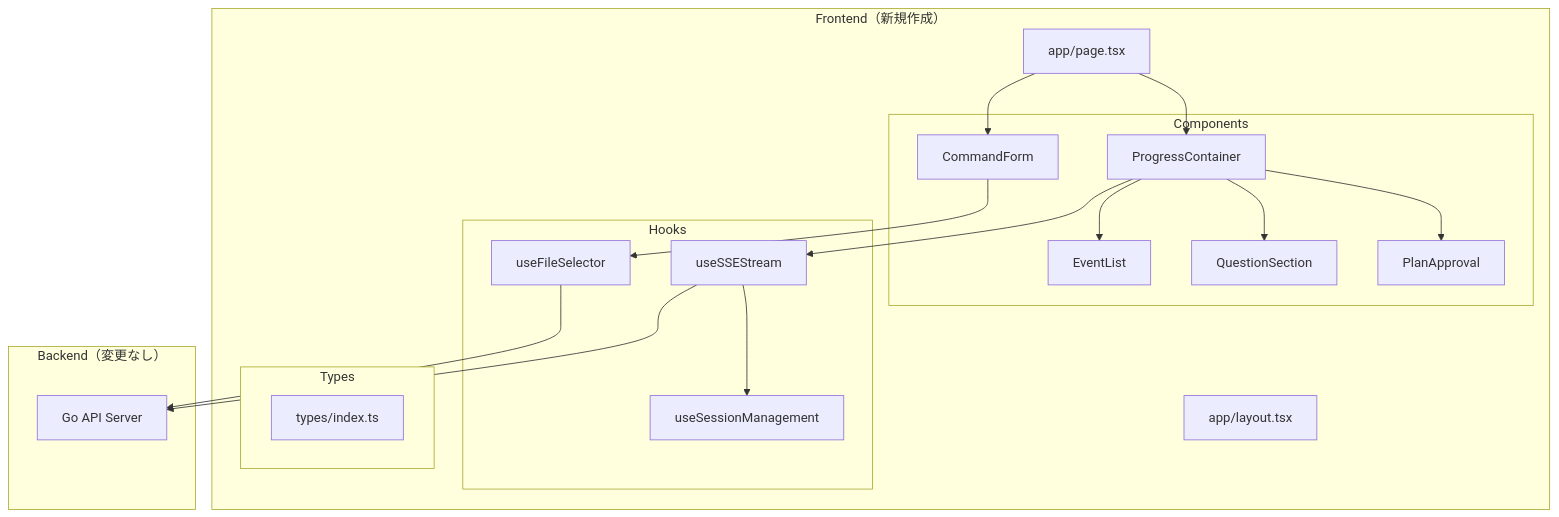
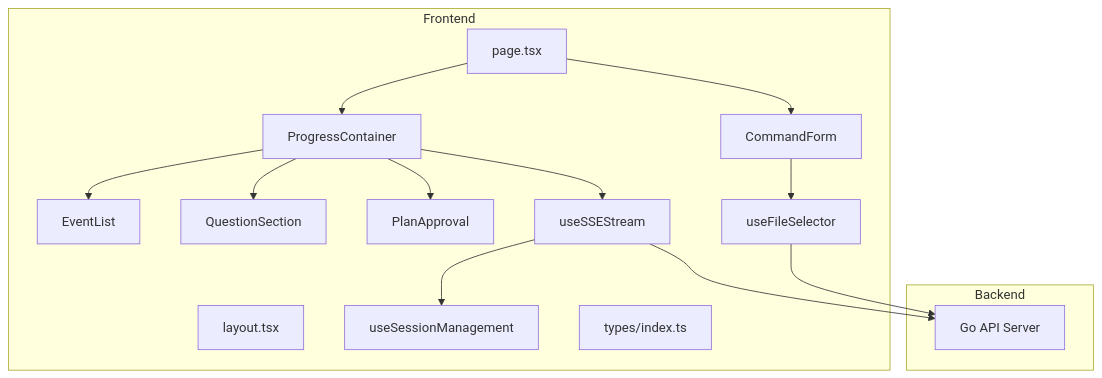
One commit to nyan-tama/Ghostrunner changed the first of 3 diagrams in 開発/実装/実装待ち/2026-01-25_nextjs-migration_plan.md. Above: the diagram before and after it, drawn with Mermaid. The commit also changed other lines of this file and 2 other files, not shown here.

First line of the commit message:
docs: remove sample code from plan, add reasoning to planner agents

````diff
--- a/開発/実装/実装待ち/2026-01-25_nextjs-migration_plan.md
+++ b/開発/実装/実装待ち/2026-01-25_nextjs-migration_plan.md
@@ -47,40 +47,31 @@
 ```mermaid
 flowchart TD
-    subgraph "Frontend（新規作成）"
-        PAGE[app/page.tsx]
-        LAYOUT[app/layout.tsx]
-
-        subgraph "Components"
-            FORM[CommandForm]
-            PROGRESS[ProgressContainer]
-            EVENTS[EventList]
-            QUESTION[QuestionSection]
-            APPROVAL[PlanApproval]
-        end
-
-        subgraph "Hooks"
-            SSE[useSSEStream]
-            SESSION[useSessionManagement]
-            FILES[useFileSelector]
-        end
-
-        subgraph "Types"
-            TYPES[types/index.ts]
-        end
+    subgraph Frontend[Frontend]
+        PAGE[page.tsx]
+        LAYOUT[layout.tsx]
+        FORM[CommandForm]
+        PROGRESS[ProgressContainer]
+        EVENTS[EventList]
+        QUESTION[QuestionSection]
+        APPROVAL[PlanApproval]
+        SSE[useSSEStream]
+        SESSION[useSessionManagement]
+        FILES[useFileSelector]
+        TYPES[types/index.ts]
     end
 
-    subgraph "Backend（変更なし）"
+    subgraph Backend[Backend]
         API[Go API Server]
     end
 
     PAGE --> FORM
     PAGE --> PROGRESS
     PROGRESS --> EVENTS
     PROGRESS --> QUESTION
     PROGRESS --> APPROVAL
     FORM --> FILES
     PROGRESS --> SSE
     SSE --> SESSION
     SSE --> API
     FILES --> API
 ```
````
